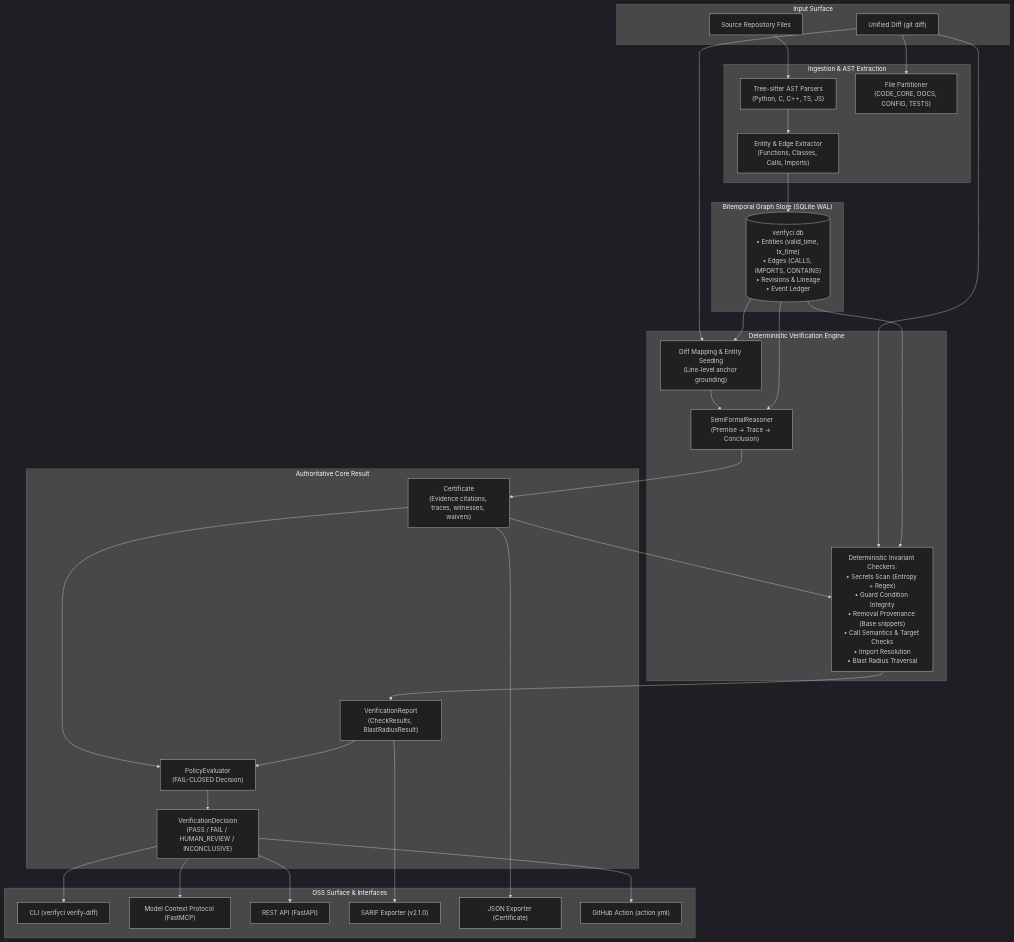
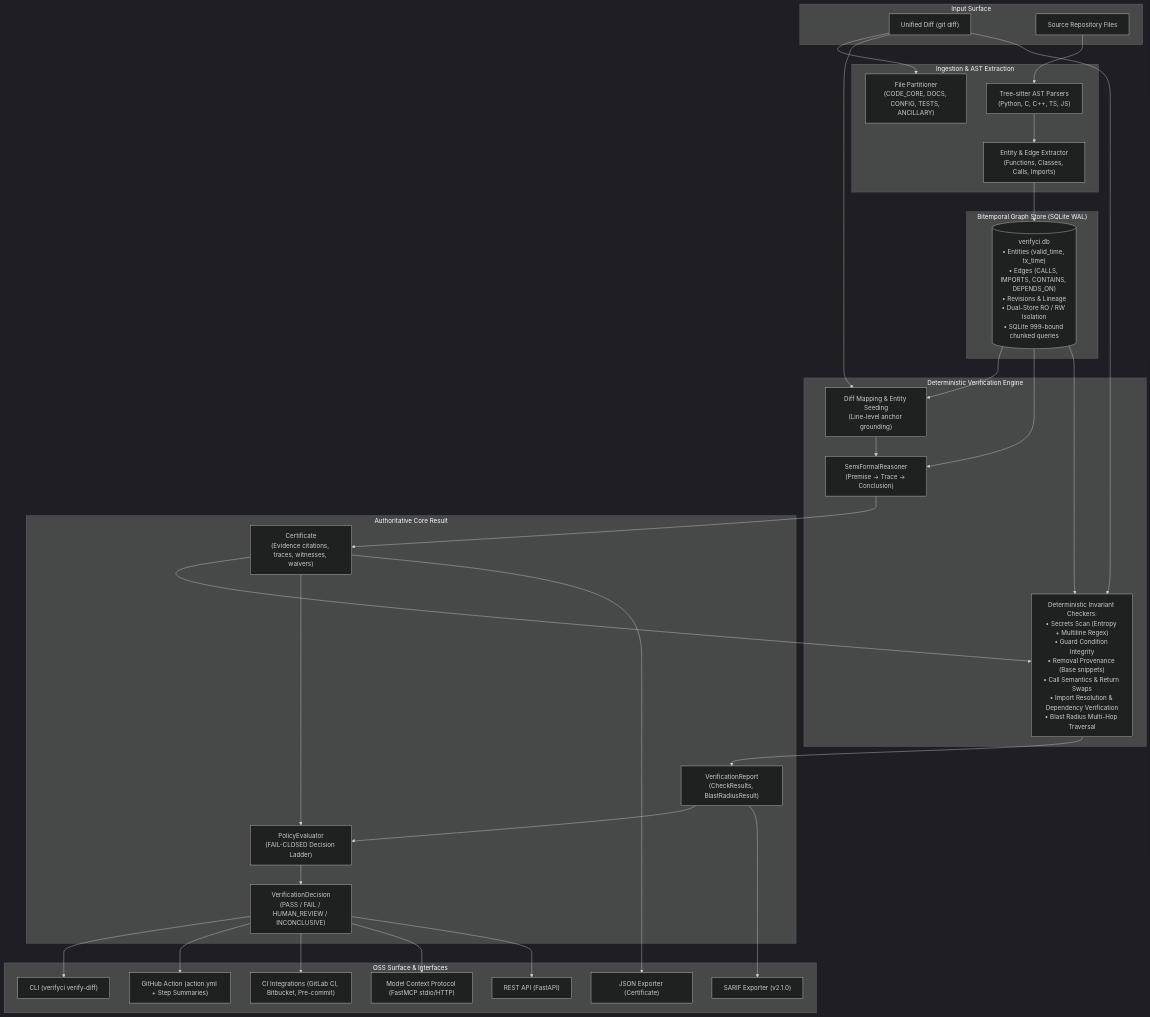
The diagram in docs/architecture.md (NeutronZero/VerifyCI), drawn with Mermaid (dark theme) before and after one commit. The commit also changed other lines of this file, not shown here.

Commit message:
docs(architecture): update subsystems, concurrency boundaries, and CI integrations

````diff
--- a/docs/architecture.md
+++ b/docs/architecture.md
@@ -9,66 +9,68 @@
 ```mermaid
 flowchart TD
     subgraph Input["Input Surface"]
         Diff["Unified Diff (git diff)"]
         SourceRepo["Source Repository Files"]
     end
 
     subgraph Ingestion["Ingestion & AST Extraction"]
         TreeSitter["Tree-sitter AST Parsers\n(Python, C, C++, TS, JS)"]
         Extractor["Entity & Edge Extractor\n(Functions, Classes, Calls, Imports)"]
-        Partitioner["File Partitioner\n(CODE_CORE, DOCS, CONFIG, TESTS)"]
+        Partitioner["File Partitioner\n(CODE_CORE, DOCS, CONFIG, TESTS, ANCILLARY)"]
     end
 
     subgraph Storage["Bitemporal Graph Store (SQLite WAL)"]
-        GraphDB[("verifyci.db\n• Entities (valid_time, tx_time)\n• Edges (CALLS, IMPORTS, CONTAINS)\n• Revisions & Lineage\n• Event Ledger")]
+        GraphDB[("verifyci.db\n• Entities (valid_time, tx_time)\n• Edges (CALLS, IMPORTS, CONTAINS, DEPENDS_ON)\n• Revisions & Lineage\n• Dual-Store RO / RW Isolation\n• SQLite 999-bound chunked queries")]
     end
 
     subgraph Verification["Deterministic Verification Engine"]
         DiffMap["Diff Mapping & Entity Seeding\n(Line-level anchor grounding)"]
         Reasoner["SemiFormalReasoner\n(Premise → Trace → Conclusion)"]
-        Checkers["Deterministic Invariant Checkers:\n• Secrets Scan (Entropy + Regex)\n• Guard Condition Integrity\n• Removal Provenance (Base snippets)\n• Call Semantics & Target Checks\n• Import Resolution\n• Blast Radius Traversal"]
+        Checkers["Deterministic Invariant Checkers:\n• Secrets Scan (Entropy + Multiline Regex)\n• Guard Condition Integrity\n• Removal Provenance (Base snippets)\n• Call Semantics & Return Swaps\n• Import Resolution & Dependency Verification\n• Blast Radius Multi-Hop Traversal"]
     end
 
     subgraph CoreOutput["Authoritative Core Result"]
         Cert["Certificate\n(Evidence citations, traces, witnesses, waivers)"]
         Report["VerificationReport\n(CheckResults, BlastRadiusResult)"]
-        Evaluator["PolicyEvaluator\n(FAIL-CLOSED Decision)"]
+        Evaluator["PolicyEvaluator\n(FAIL-CLOSED Decision Ladder)"]
         Decision["VerificationDecision\n(PASS / FAIL / HUMAN_REVIEW / INCONCLUSIVE)"]
     end
 
     subgraph Surface["OSS Surface & Interfaces"]
         CLI["CLI (verifyci verify-diff)"]
-        MCP["Model Context Protocol (FastMCP)"]
+        MCP["Model Context Protocol (FastMCP stdio/HTTP)"]
         HTTP["REST API (FastAPI)"]
         SARIF["SARIF Exporter (v2.1.0)"]
         JSON["JSON Exporter (Certificate)"]
-        GHA["GitHub Action (action.yml)"]
+        GHA["GitHub Action (action.yml + Step Summaries)"]
+        CI["CI Integrations (GitLab CI, Bitbucket, Pre-commit)"]
     end
 
     SourceRepo --> TreeSitter
     TreeSitter --> Extractor
     Extractor --> GraphDB
 
     Diff --> Partitioner
     Diff --> DiffMap
     GraphDB --> DiffMap
     DiffMap --> Reasoner
     GraphDB --> Reasoner
     Reasoner --> Cert
 
     Cert --> Checkers
     Diff --> Checkers
     GraphDB --> Checkers
     Checkers --> Report
 
     Cert --> Evaluator
     Report --> Evaluator
     Evaluator --> Decision
 
     Decision --> CLI
     Cert --> JSON
     Report --> SARIF
     Decision --> GHA
+    Decision --> CI
     Decision --> MCP
     Decision --> HTTP
 ```
````
